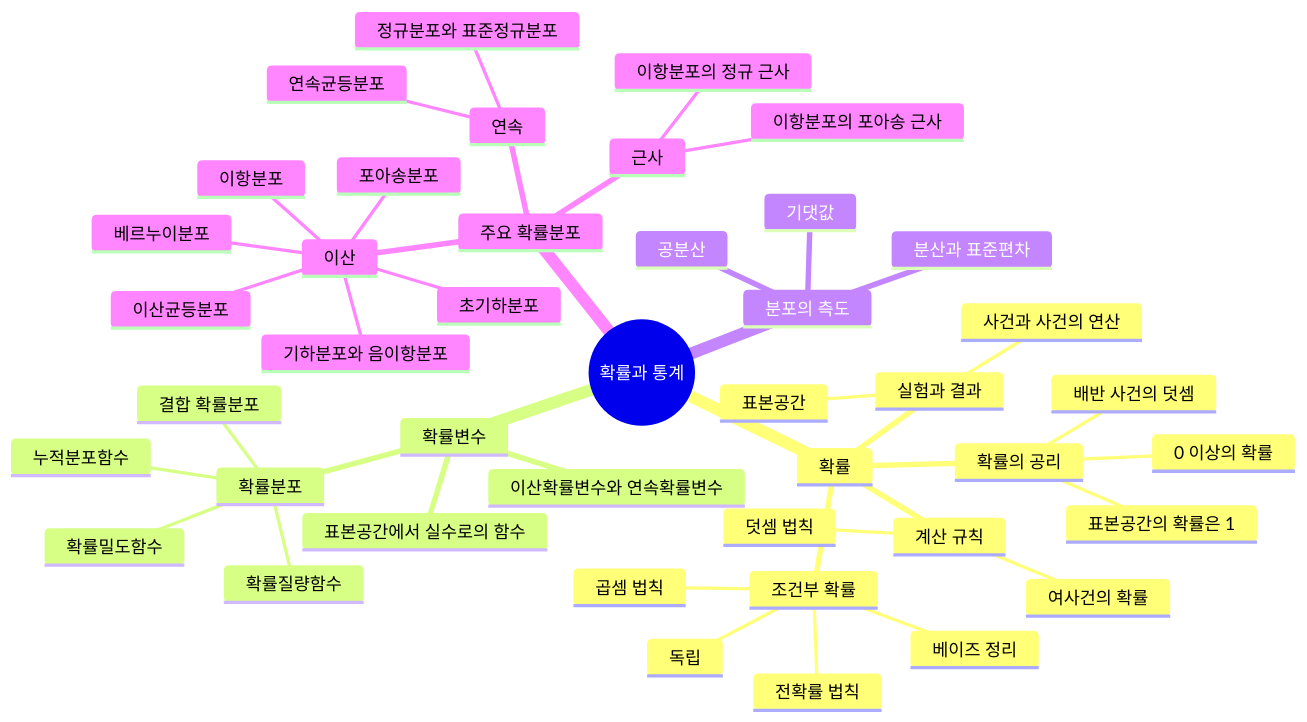
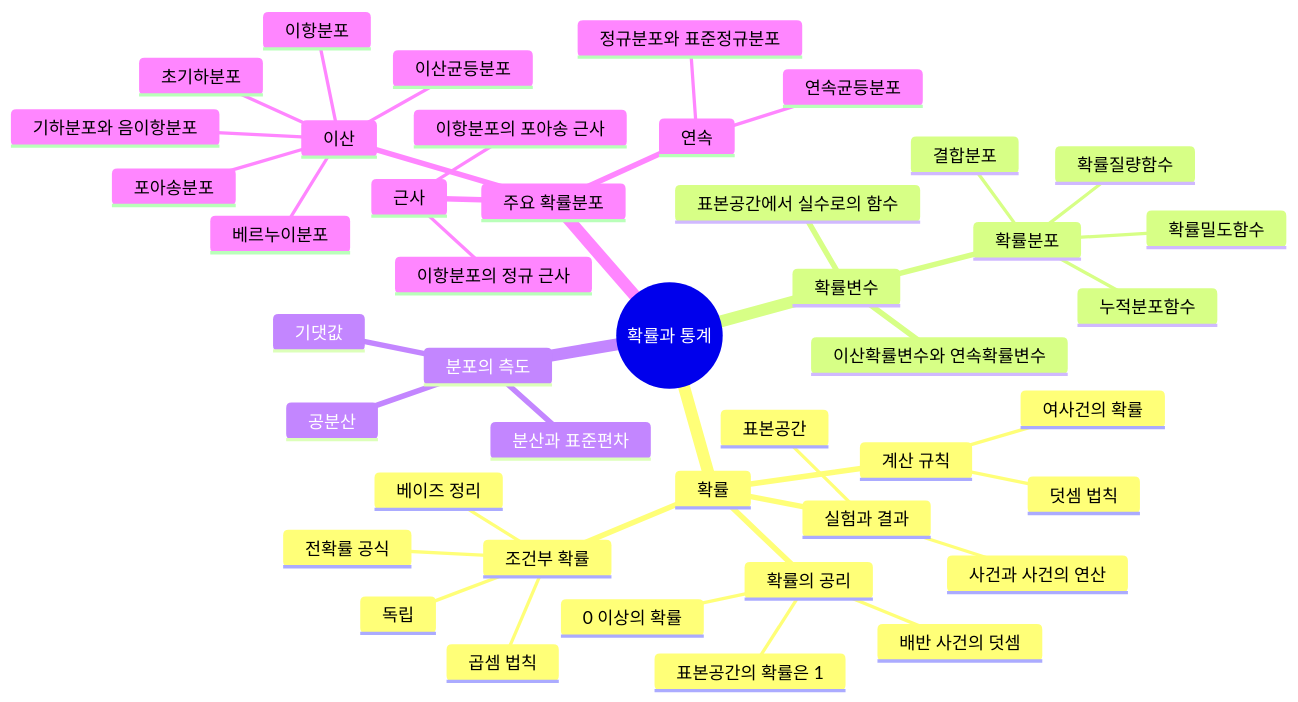
The diagram in Coursework/HW01_Probability-and-Random-Variables/Assignment-Explanation.ko.md (Choroning/25Fall_Probability-and-Statistics), drawn with Mermaid before and after one commit. The commit also changed other lines of this file and 11 other files, not shown here.

````diff
--- a/Coursework/HW01_Probability-and-Random-Variables/Assignment-Explanation.ko.md
+++ b/Coursework/HW01_Probability-and-Random-Variables/Assignment-Explanation.ko.md
@@ -353,46 +353,46 @@
 ```mermaid
 mindmap
   root((확률과 통계))
     확률
       실험과 결과
         표본공간
         사건과 사건의 연산
       확률의 공리
         0 이상의 확률
         표본공간의 확률은 1
         배반 사건의 덧셈
       계산 규칙
         여사건의 확률
         덧셈 법칙
       조건부 확률
         곱셈 법칙
         독립
-        전확률 법칙
+        전확률 공식
         베이즈 정리
     확률변수
       표본공간에서 실수로의 함수
       이산확률변수와 연속확률변수
       확률분포
         확률질량함수
         확률밀도함수
         누적분포함수
-        결합 확률분포
+        결합분포
     분포의 측도
       기댓값
       분산과 표준편차
       공분산
     주요 확률분포
       이산
         이산균등분포
         베르누이분포
         이항분포
         초기하분포
         포아송분포
         기하분포와 음이항분포
       연속
         연속균등분포
         정규분포와 표준정규분포
       근사
         이항분포의 정규 근사
         이항분포의 포아송 근사
 ```
````
